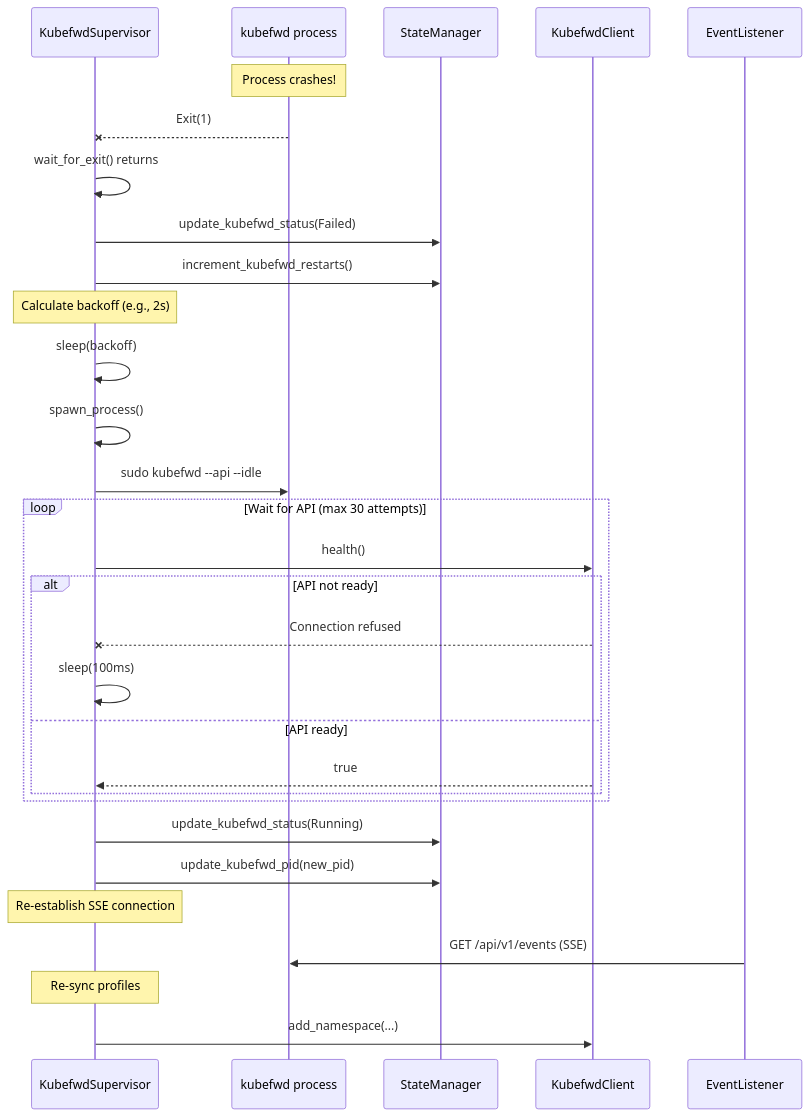
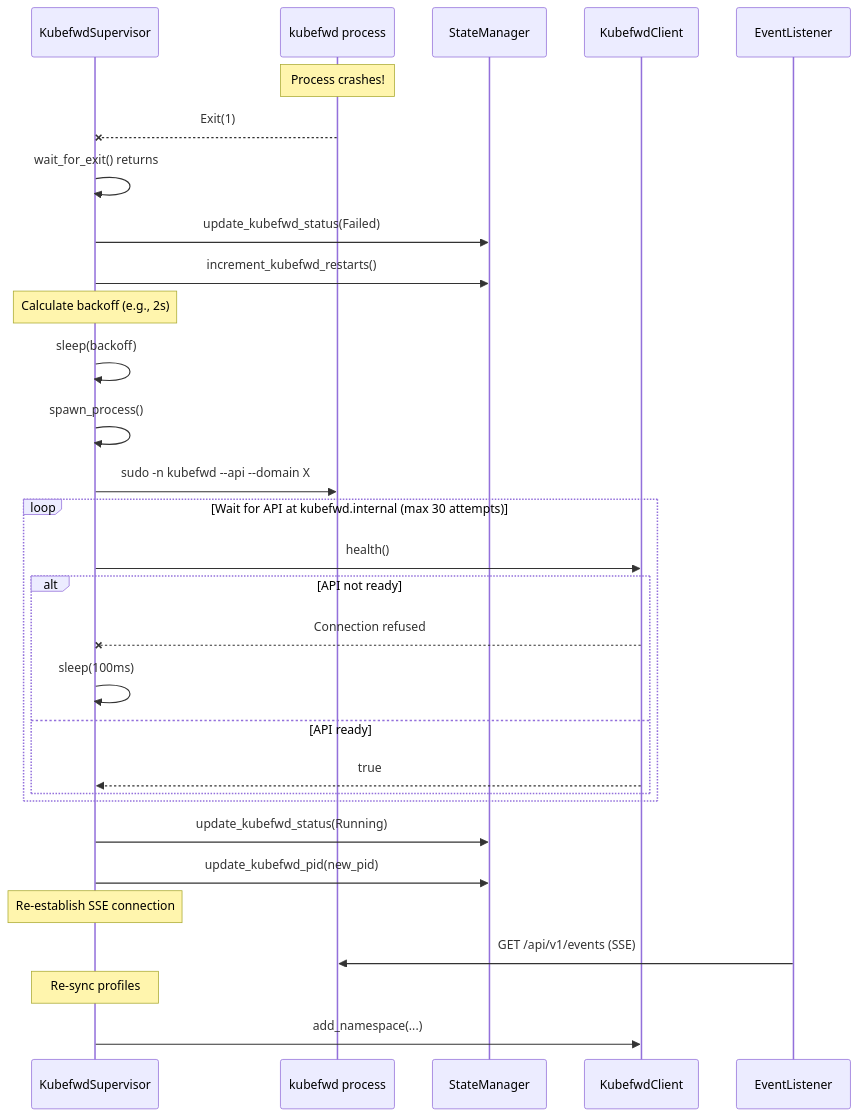
Before and after one commit to parthspatel/nix-kubefwd: the tenth of 20 diagrams in docs/CODE_ARCHITECTURE.md, drawn with Mermaid. The commit also changed other lines of this file and 2 other files, not shown here.

First line of the commit message:
Fix incorrect kubefwd API assumptions in documentation

````diff
--- a/docs/CODE_ARCHITECTURE.md
+++ b/docs/CODE_ARCHITECTURE.md
@@ -557,40 +555,40 @@
 ```mermaid
 sequenceDiagram
     participant Supervisor as KubefwdSupervisor
     participant Kubefwd as kubefwd process
     participant State as StateManager
     participant Client as KubefwdClient
     participant Events as EventListener
 
     Note over Kubefwd: Process crashes!
     Kubefwd--xSupervisor: Exit(1)
 
     Supervisor->>Supervisor: wait_for_exit() returns
     Supervisor->>State: update_kubefwd_status(Failed)
     Supervisor->>State: increment_kubefwd_restarts()
 
     Note over Supervisor: Calculate backoff (e.g., 2s)
     Supervisor->>Supervisor: sleep(backoff)
 
     Supervisor->>Supervisor: spawn_process()
-    Supervisor->>Kubefwd: sudo kubefwd --api --idle
+    Supervisor->>Kubefwd: sudo -n kubefwd --api --domain X
 
-    loop Wait for API (max 30 attempts)
+    loop Wait for API at kubefwd.internal (max 30 attempts)
         Supervisor->>Client: health()
         alt API not ready
             Client--xSupervisor: Connection refused
             Supervisor->>Supervisor: sleep(100ms)
         else API ready
             Client-->>Supervisor: true
         end
     end
 
     Supervisor->>State: update_kubefwd_status(Running)
     Supervisor->>State: update_kubefwd_pid(new_pid)
 
     Note over Supervisor: Re-establish SSE connection
     Events->>Kubefwd: GET /api/v1/events (SSE)
 
     Note over Supervisor: Re-sync profiles
     Supervisor->>Client: add_namespace(...)
 ```
````
